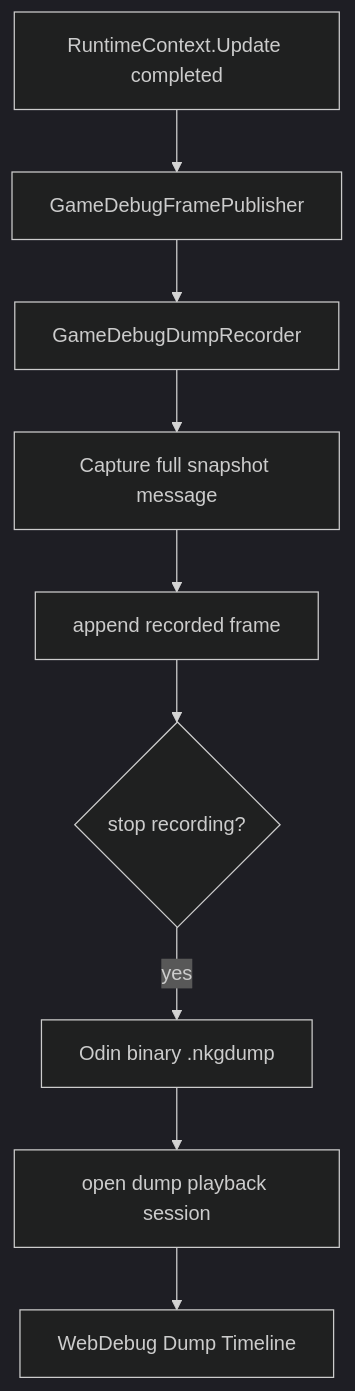
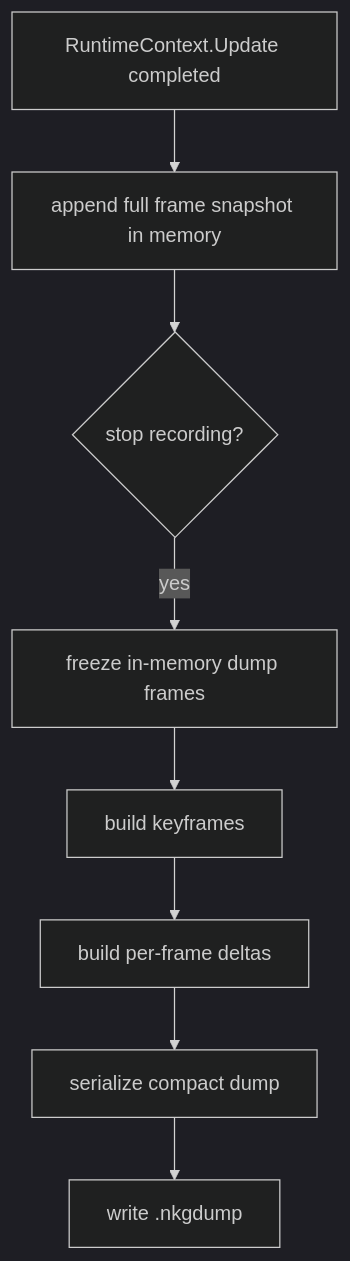
Before and after one commit to wqaetly/NKGGameFramework: the second of 3 diagrams in docs/debug-and-dump.md, drawn with Mermaid (dark theme). The commit also changed other lines of this file and 1 other file, not shown here.

````diff
--- a/docs/debug-and-dump.md
+++ b/docs/debug-and-dump.md
@@ -300,11 +54,10 @@
 ```mermaid
 flowchart TD
-    Frame["RuntimeContext.Update completed"] --> Publisher["GameDebugFramePublisher"]
-    Publisher --> Recorder["GameDebugDumpRecorder"]
-    Recorder --> Capture["Capture full snapshot message"]
-    Capture --> Frames["append recorded frame"]
-    Frames --> Stop{"stop recording?"}
-    Stop -->|yes| Binary["Odin binary .nkgdump"]
-    Binary --> Playback["open dump playback session"]
-    Playback --> Web["WebDebug Dump Timeline"]
+    Frame["RuntimeContext.Update completed"] --> Capture["append full frame snapshot in memory"]
+    Capture --> Stop{"stop recording?"}
+    Stop -->|yes| Freeze["freeze in-memory dump frames"]
+    Freeze --> Keyframe["build keyframes"]
+    Keyframe --> Delta["build per-frame deltas"]
+    Delta --> Serialize["serialize compact dump"]
+    Serialize --> File["write .nkgdump"]
 ```
````
